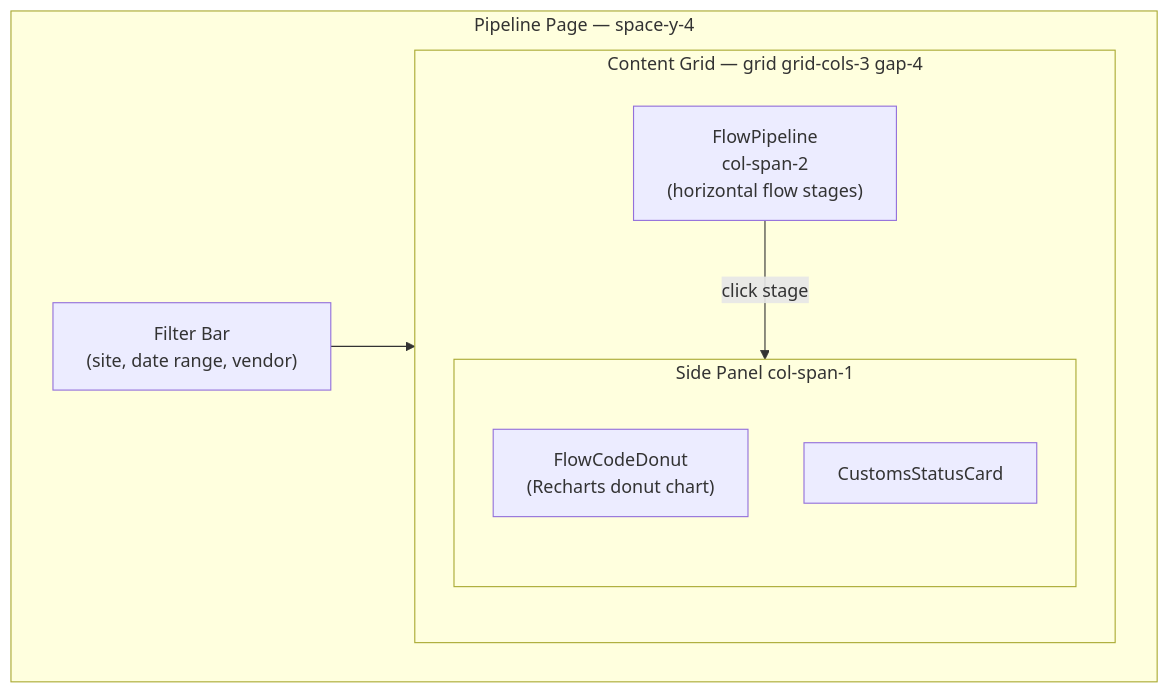
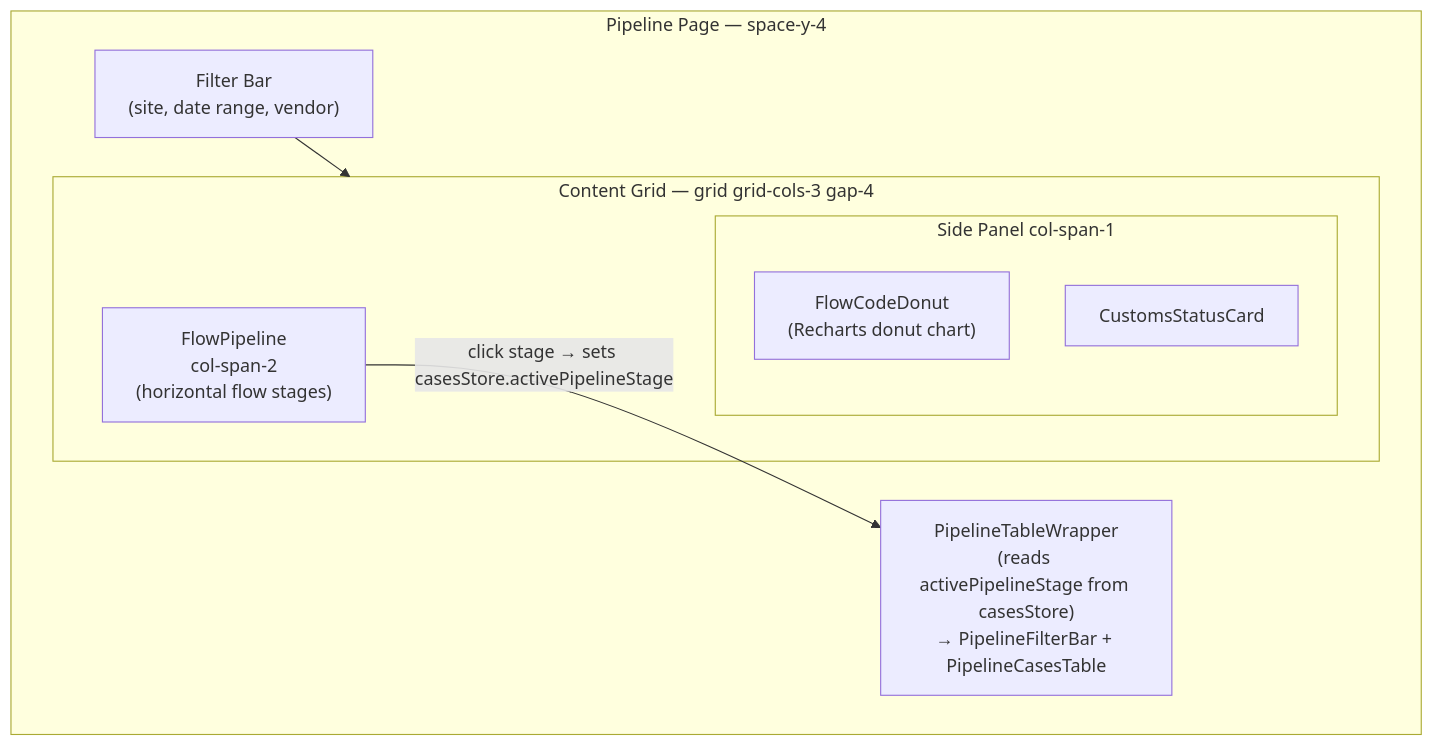
The eighth of 14 diagrams in apps/logistics-dashboard/docs/LAYOUT.md (macho715/logi_hvdc_dash), drawn with Mermaid before and after one commit. The commit also changed other lines of this file and 80 other files, not shown here.

````diff
--- a/apps/logistics-dashboard/docs/LAYOUT.md
+++ b/apps/logistics-dashboard/docs/LAYOUT.md
@@ -261,16 +324,17 @@
 ```mermaid
 graph TD
     subgraph PipelinePage["Pipeline Page — space-y-4"]
         FilterBar["Filter Bar<br/>(site, date range, vendor)"]
         subgraph ContentGrid["Content Grid — grid grid-cols-3 gap-4"]
             Pipeline["FlowPipeline<br/>col-span-2<br/>(horizontal flow stages)"]
             subgraph SidePanel["Side Panel col-span-1"]
                 Donut["FlowCodeDonut<br/>(Recharts donut chart)"]
                 Customs["CustomsStatusCard"]
             end
         end
+        TableWrapper["PipelineTableWrapper<br/>(reads activePipelineStage from casesStore)<br/>→ PipelineFilterBar + PipelineCasesTable"]
     end
 
     FilterBar --> ContentGrid
-    Pipeline -->|"click stage"| SidePanel
+    Pipeline -->|"click stage → sets casesStore.activePipelineStage"| TableWrapper
 ```
````
